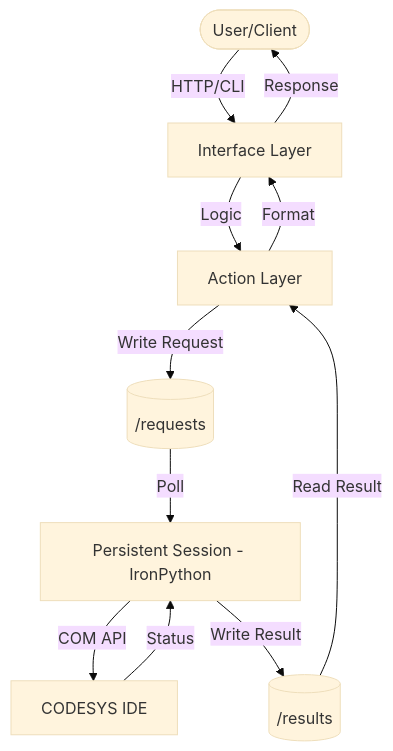
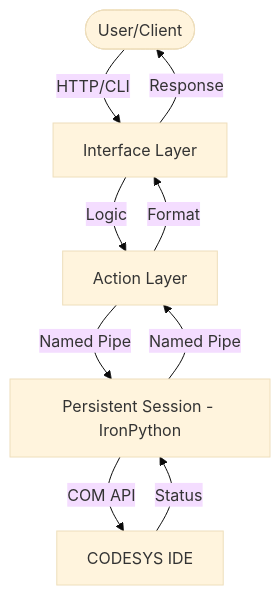
The diagram in docs/wiki/Architecture.md (Zhgong/codesys-api), drawn with Mermaid (base theme) before and after one commit. The commit also changed 33 other files, not shown here.

````diff
--- a/docs/wiki/Architecture.md
+++ b/docs/wiki/Architecture.md
@@ -43,13 +43,11 @@
 ```mermaid
 graph TD
     User([User/Client]) -->|HTTP/CLI| Interface[Interface Layer]
     Interface -->|Logic| Action[Action Layer]
-    Action -->|Write Request| ReqDir[(/requests)]
-    ReqDir -->|Poll| Engine[Persistent Session - IronPython]
+    Action -->|Named Pipe| Engine[Persistent Session - IronPython]
     Engine -->|COM API| IDE[CODESYS IDE]
     IDE -->|Status| Engine
-    Engine -->|Write Result| ResDir[(/results)]
-    ResDir -->|Read Result| Action
+    Engine -->|Named Pipe| Action
     Action -->|Format| Interface
     Interface -->|Response| User
 ```
````
